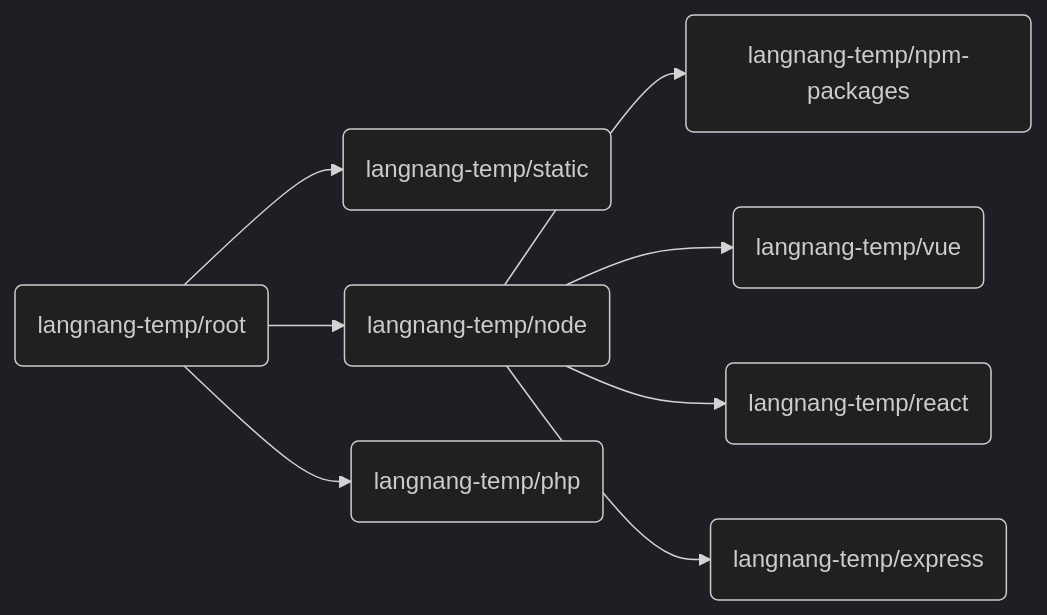
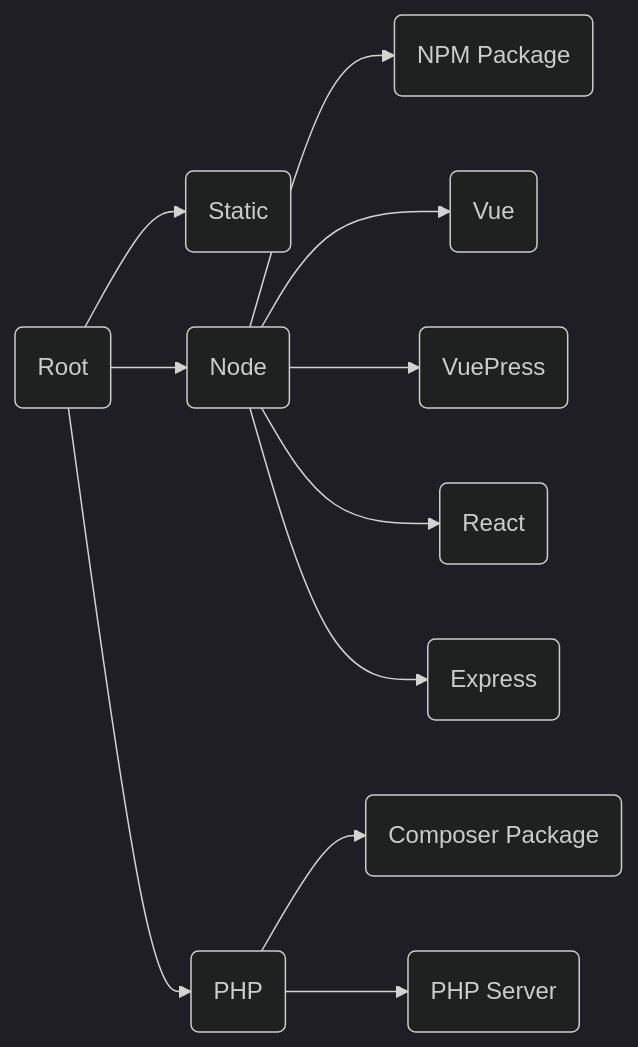
The diagram in profile/README.md (langnang-templates/.github), drawn with Mermaid (dark theme) before and after one commit.

````diff
--- a/profile/README.md
+++ b/profile/README.md
@@ -1,11 +1,21 @@
 ```mermaid
 flowchart LR
-Root(langnang-temp/root)
-Root-->Static(langnang-temp/static)
-Root-->Node(langnang-temp/node)
-	Node-->NPM_Packages(langnang-temp/npm-packages)
-	Node-->Vue(langnang-temp/vue)
-	Node-->React(langnang-temp/react)
-	Node-->Express(langnang-temp/express)
-Root-->PHP(langnang-temp/php)
+Root(Root)
+	click Root "https://github.com/langnang-temp/root"
+
+Root-->Static(Static)
+	click Static "https://github.com/langnang-temp/static"
+
+Root-->Node(Node)
+	click Node "https://github.com/langnang-temp/node"
+	Node-->NPM_Package("NPM Package")
+	Node-->Vue(Vue)
+	Node-->VuePress(VuePress)
+	Node-->React(React)
+	Node-->Express(Express)
+
+Root-->PHP(PHP)
+	click PHP "https://github.com/langnang-temp/php"
+	PHP-->Composer_Package("Composer Package")
+	PHP-->PHP_Server("PHP Server")
 ```
````
